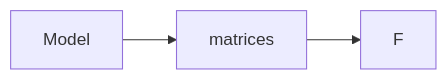
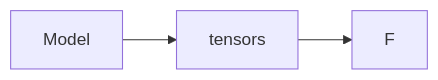
One commit to airinnova/framat changed the sixth of 9 diagrams in docs/source/api/result_api.rst. Above: the diagram before and after it, drawn with Mermaid. The commit also changed other lines of this file and 10 other files, not shown here.

```diff
--- a/docs/source/api/result_api.rst
+++ b/docs/source/api/result_api.rst
@@ -534,6 +246,6 @@
 .. mermaid::
 
     graph LR
     A[Model]
-    A --> F1[matrices] 
+    A --> F1[tensors] 
     F1 --> P1[F] 
```
